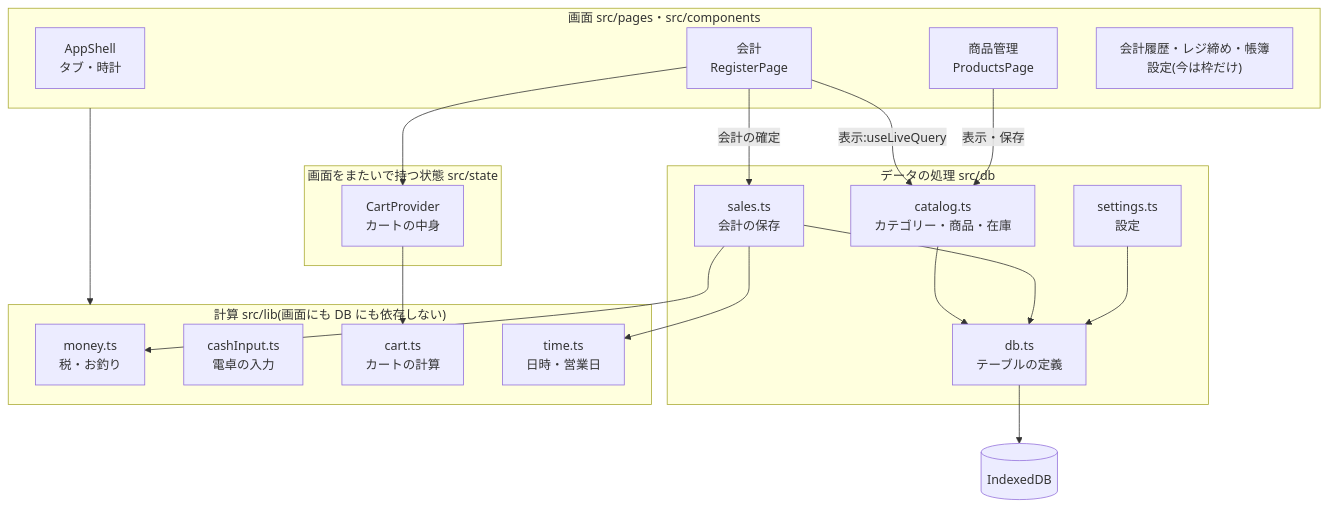
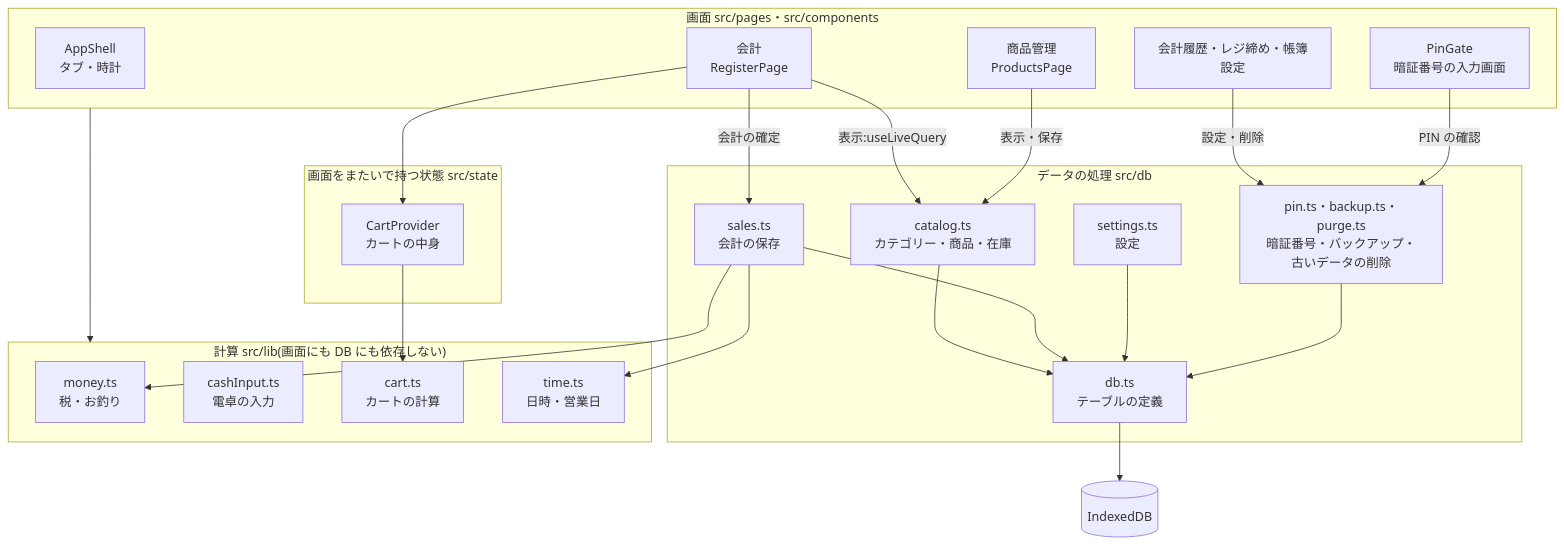
Before and after one commit to bang-prog/tyoubo: the second of 4 diagrams in docs/architecture.md, drawn with Mermaid. The commit also changed other lines of this file and 41 other files, not shown here.

Commit message:
- 暗証番号:PBKDF2 でハッシュ化、復旧コード、5回間違えると30秒ロック、開き直したときだけ入力- バックアップ(JSON)の保存と、確認してからの復元(1つのトランザクション)- 帳簿から古いデータを削除(3か月より前、Excel 出力済みの月だけ)- 会計画面のバックアップの注意、レジ締め後のバックアップ、削除済みの表示

````diff
--- a/docs/architecture.md
+++ b/docs/architecture.md
@@ -42,42 +42,47 @@
 ```mermaid
 flowchart TB
   subgraph ui["画面  src/pages・src/components"]
     shell["AppShell<br/>タブ・時計"]
     reg["会計<br/>RegisterPage"]
     prod["商品管理<br/>ProductsPage"]
-    rest["会計履歴・レジ締め・帳簿<br/>設定(今は枠だけ)"]
+    rest["会計履歴・レジ締め・帳簿<br/>設定"]
+    gate["PinGate<br/>暗証番号の入力画面"]
   end
 
   subgraph state["画面をまたいで持つ状態  src/state"]
     cartctx["CartProvider<br/>カートの中身"]
   end
 
   subgraph data["データの処理  src/db"]
     catalog["catalog.ts<br/>カテゴリー・商品・在庫"]
     sales["sales.ts<br/>会計の保存"]
     settings["settings.ts<br/>設定"]
+    keep["pin.ts・backup.ts・purge.ts<br/>暗証番号・バックアップ・古いデータの削除"]
     schema["db.ts<br/>テーブルの定義"]
   end
 
   subgraph lib["計算  src/lib(画面にも DB にも依存しない)"]
     money["money.ts<br/>税・お釣り"]
     cash["cashInput.ts<br/>電卓の入力"]
     cartlib["cart.ts<br/>カートの計算"]
     time["time.ts<br/>日時・営業日"]
   end
 
   idb[("IndexedDB")]
 
   reg --> cartctx
   reg -- "表示:useLiveQuery" --> catalog
   reg -- "会計の確定" --> sales
   prod -- "表示・保存" --> catalog
   ui --> lib
   cartctx --> cartlib
   catalog --> schema
   sales --> schema
   settings --> schema
+  rest -- "設定・削除" --> keep
+  gate -- "PIN の確認" --> keep
+  keep --> schema
   sales --> money
   sales --> time
   schema --> idb
 ```
````
